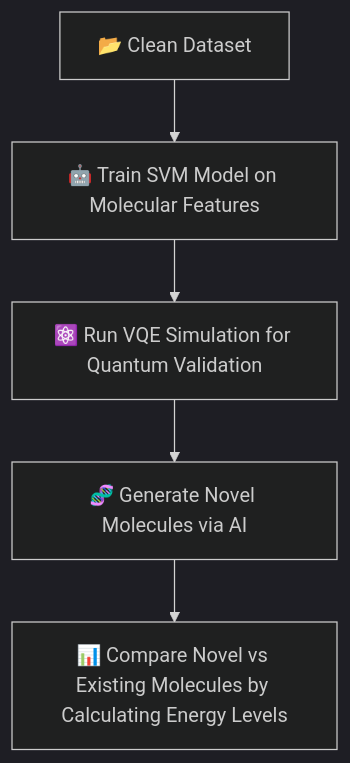
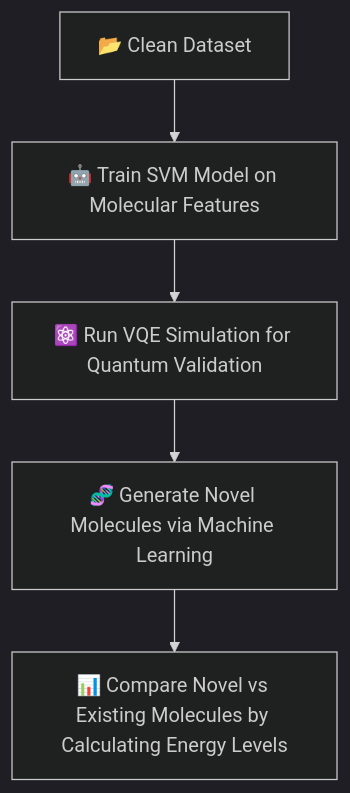
One commit to adityasunke/QureAI changed the diagram in README.md. Above: the diagram before and after it, drawn with Mermaid (dark theme). The commit also changed other lines of this file, not shown here.

````diff
--- a/README.md
+++ b/README.md
@@ -73,7 +75,7 @@
 ```mermaid
 flowchart TD
     A[📂 Clean Dataset] --> B[🤖 Train SVM Model on Molecular Features]
     B --> C[⚛️ Run VQE Simulation for Quantum Validation]
-    C --> D[🧬 Generate Novel Molecules via AI]
+    C --> D[🧬 Generate Novel Molecules via Machine Learning]
     D --> E[📊 Compare Novel vs Existing Molecules by Calculating Energy Levels]
 ```
````
